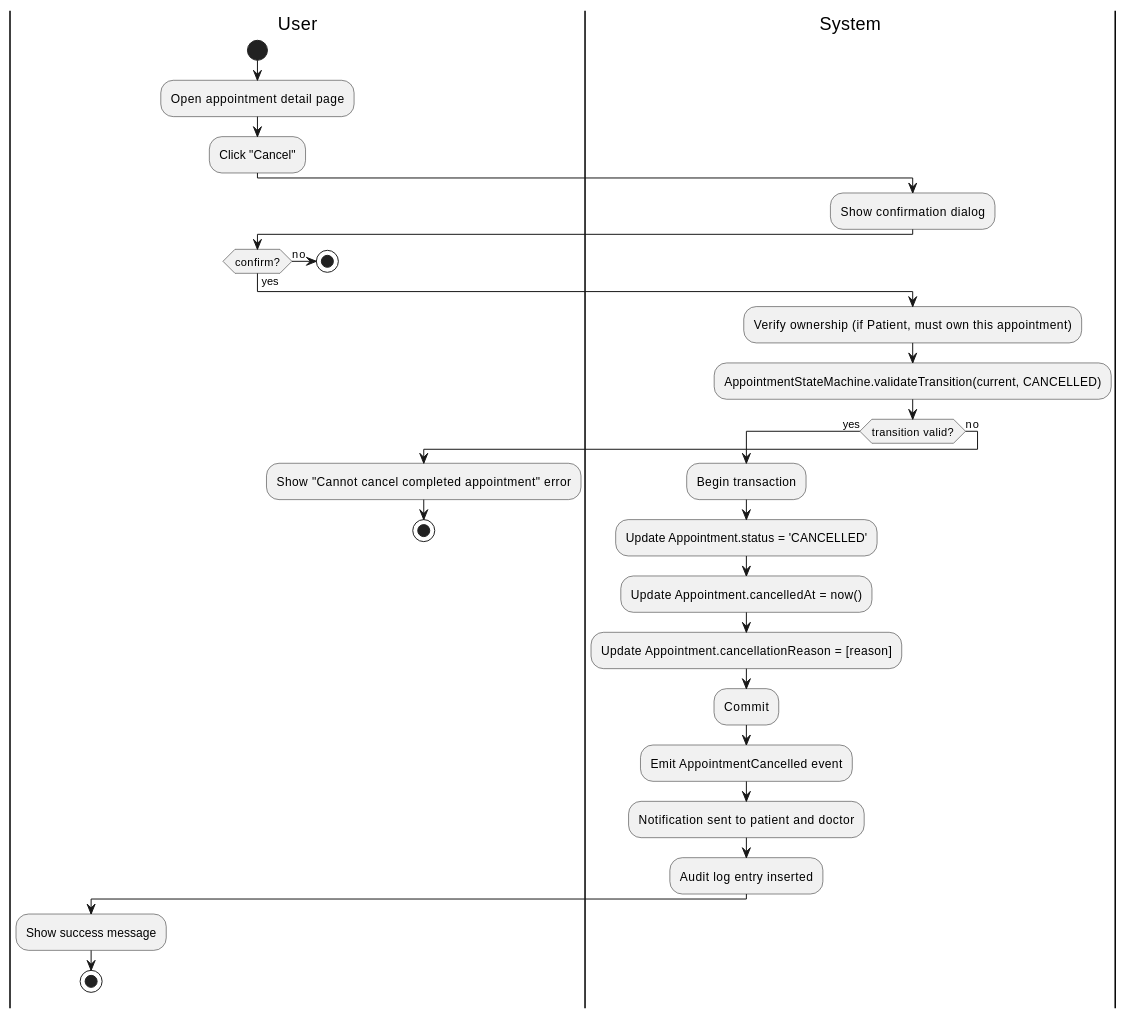
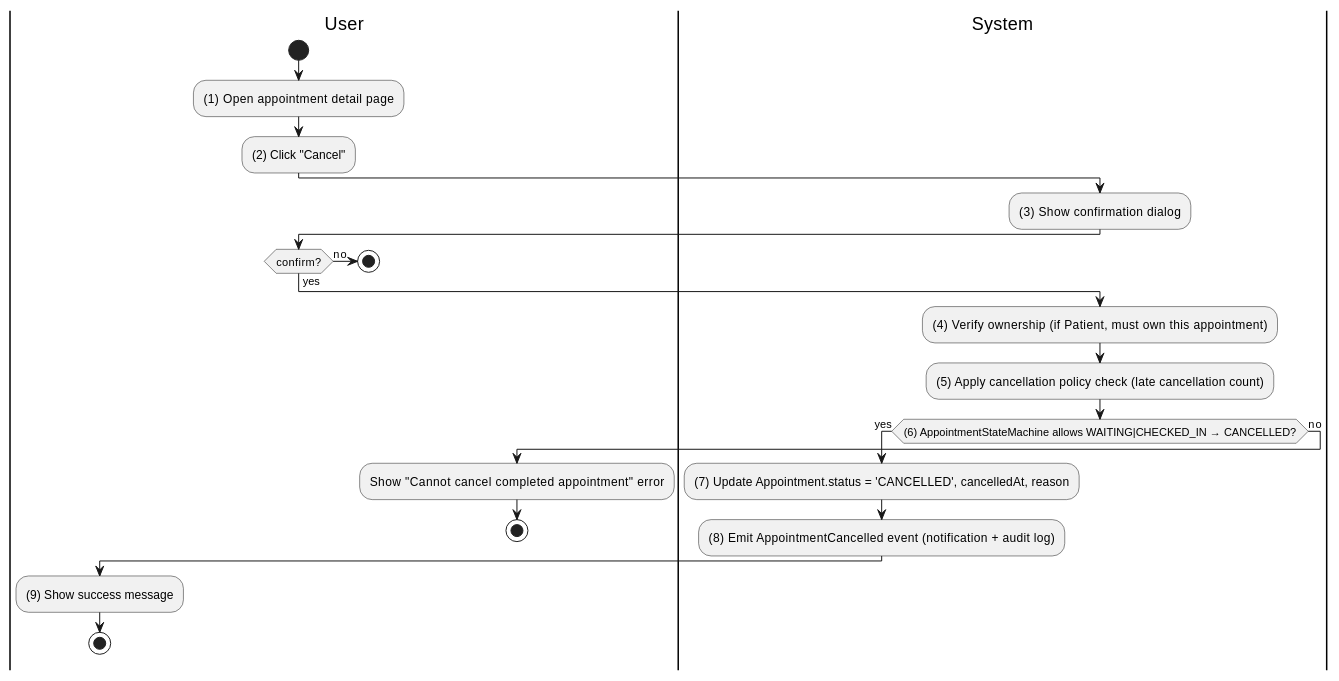
One commit to MinhThienNguyen040905/SE356---He-thong-phong-kham changed diagram 11 of 27 in Docs/SRS.md. Above: the diagram before and after it, drawn with PlantUML. The commit also changed other lines of this file, not shown here.

````diff
--- a/Docs/SRS.md
+++ b/Docs/SRS.md
@@ -743,35 +675,29 @@
 ```plantuml
 @startuml
 |User|
 start
-:Open appointment detail page;
-:Click "Cancel";
+:(1) Open appointment detail page;
+:(2) Click "Cancel";
 |System|
-:Show confirmation dialog;
+:(3) Show confirmation dialog;
 |User|
 if (confirm?) then (no)
   stop
 else (yes)
 endif
 |System|
-:Verify ownership (if Patient, must own this appointment);
-:AppointmentStateMachine.validateTransition(current, CANCELLED);
-if (transition valid?) then (yes)
-  :Begin transaction;
-  :Update Appointment.status = 'CANCELLED';
-  :Update Appointment.cancelledAt = now();
-  :Update Appointment.cancellationReason = [reason];
-  :Commit;
-  :Emit AppointmentCancelled event;
-  :Notification sent to patient and doctor;
-  :Audit log entry inserted;
+:(4) Verify ownership (if Patient, must own this appointment);
+:(5) Apply cancellation policy check (late cancellation count);
+if ((6) AppointmentStateMachine allows WAITING|CHECKED_IN → CANCELLED?) then (yes)
+  :(7) Update Appointment.status = 'CANCELLED', cancelledAt, reason;
+  :(8) Emit AppointmentCancelled event (notification + audit log);
   |User|
-  :Show success message;
+  :(9) Show success message;
   stop
 else (no)
   |User|
   :Show "Cannot cancel completed appointment" error;
   stop
 endif
 @enduml
 ```
````
